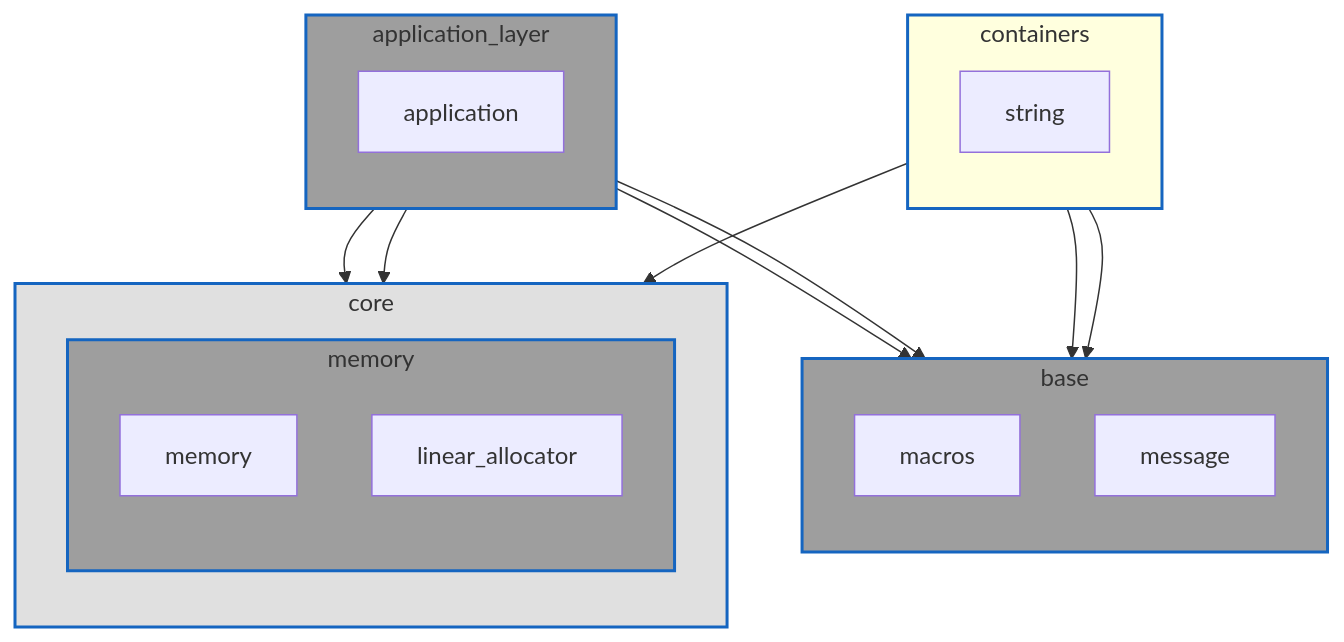
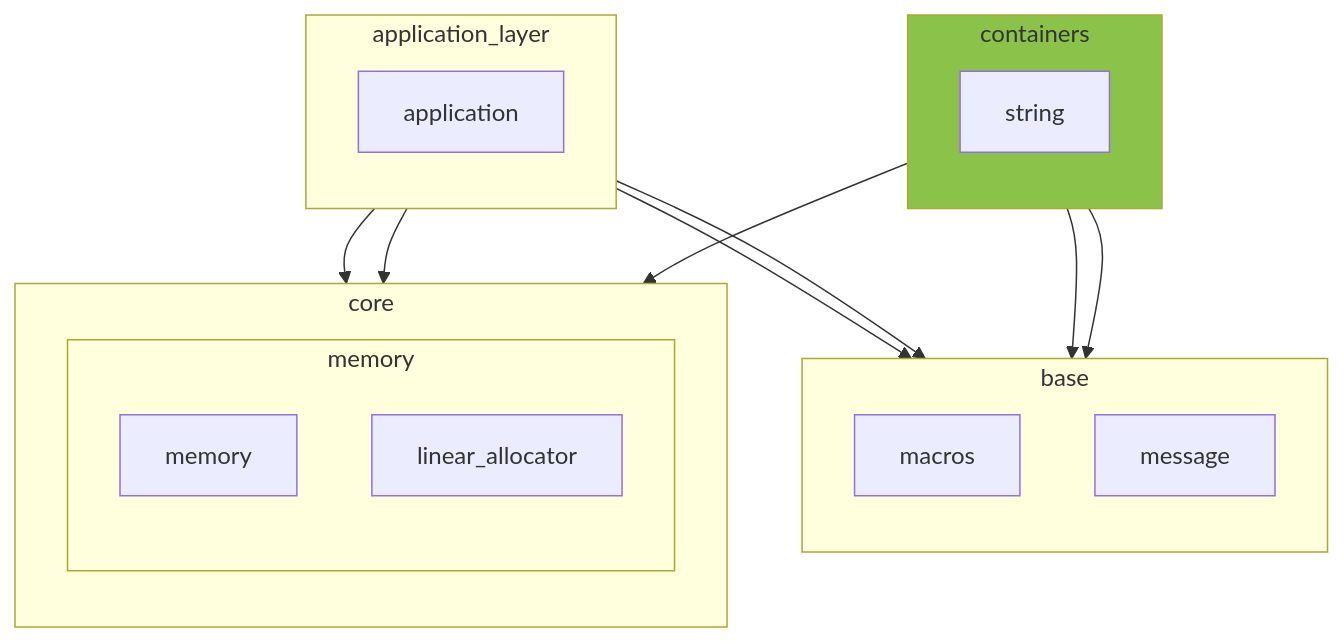
One commit to chocolate-pie24/gl_choco_engine changed the diagram in books/2d_rendering_step2/step2_4_add_container_string.md. Above: the diagram before and after it, drawn with Mermaid. The commit also changed other lines of this file and 9 other files, not shown here.

````diff
--- a/books/2d_rendering_step2/step2_4_add_container_string.md
+++ b/books/2d_rendering_step2/step2_4_add_container_string.md
@@ -41,47 +38,43 @@
 ```mermaid
 graph TD
   subgraph BASE[base]
     direction TB
     MACROS[macros]
     MESSAGE[message]
   end
-  style BASE fill:#9E9E9E,stroke:#1565C0,stroke-width:2px
 
   %% core/memory
   subgraph CORE_MEMORY[memory]
     direction TB
     MEMORY[memory]
     LINEAR_ALLOCATOR[linear_allocator]
   end
-  style CORE_MEMORY fill:#9E9E9E,stroke:#1565C0,stroke-width:2px
 
   %% core
   subgraph CORE[core]
     direction TB
     CORE_MEMORY[memory]
   end
-  style CORE fill:#E0E0E0,stroke:#1565C0,stroke-width:2px
 
   %% containers
   subgraph CORE_CONTAINERS[containers]
     direction TB
     STRING[string]
   end
-  style CORE_CONTAINERS fill:##8BC34A,stroke:#1565C0,stroke-width:2px
+  style CORE_CONTAINERS fill:#8BC34A
 
   %% application
   subgraph APPLICATION_LAYER[application_layer]
     direction TB
     APPLICATION[application]
   end
-  style APPLICATION_LAYER fill:#9E9E9E,stroke:#1565C0,stroke-width:2px
 
   STRING --> MEMORY
   STRING --> MACROS
   STRING --> MESSAGE
 
   APPLICATION --> MACROS
   APPLICATION --> MESSAGE
   APPLICATION --> MEMORY
   APPLICATION --> LINEAR_ALLOCATOR
 ```
````
